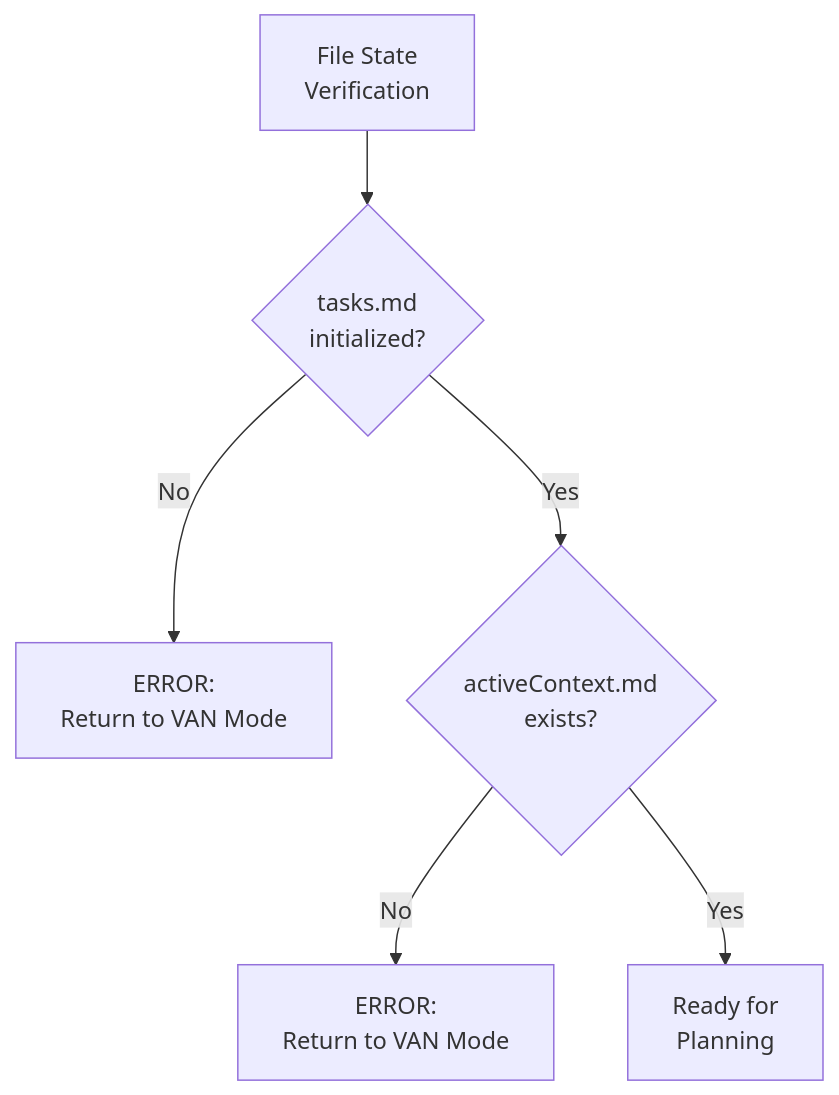
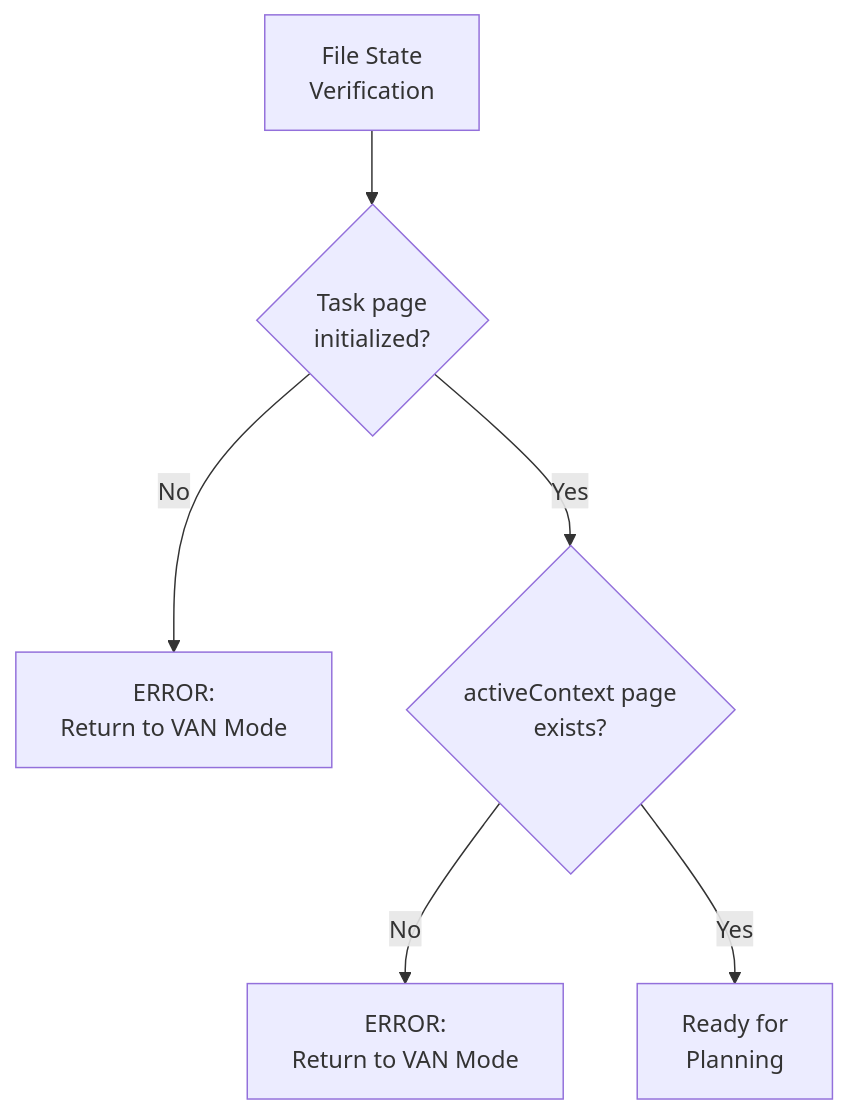
Before and after one commit to xianzhu21/cursor-memory-notion: the fourth of 5 diagrams in .cursor/rules/isolation_rules/visual-maps/plan-mode-map.mdc, drawn with Mermaid. The commit also changed other lines of this file and 6 other files, not shown here.

````diff
--- a/.cursor/rules/isolation_rules/visual-maps/plan-mode-map.mdc
+++ b/.cursor/rules/isolation_rules/visual-maps/plan-mode-map.mdc
@@ -142,10 +144,10 @@
 ```mermaid
 graph TD
-    Start["File State<br>Verification"] --> CheckTasks{"tasks.md<br>initialized?"}
+    Start["File State<br>Verification"] --> CheckTasks{"Task page<br>initialized?"}
     
     CheckTasks -->|"No"| ErrorTasks["ERROR:<br>Return to VAN Mode"]
-    CheckTasks -->|"Yes"| CheckActive{"activeContext.md<br>exists?"}
+    CheckTasks -->|"Yes"| CheckActive{"activeContext page<br>exists?"}
     
     CheckActive -->|"No"| ErrorActive["ERROR:<br>Return to VAN Mode"]
     CheckActive -->|"Yes"| ReadyPlan["Ready for<br>Planning"]
 ```
````
